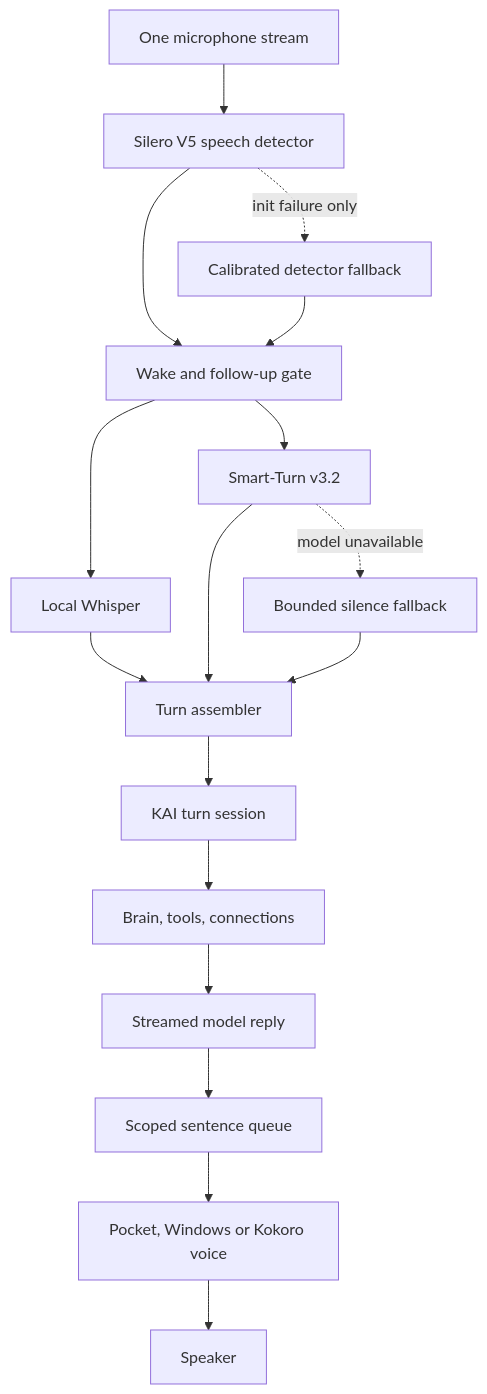
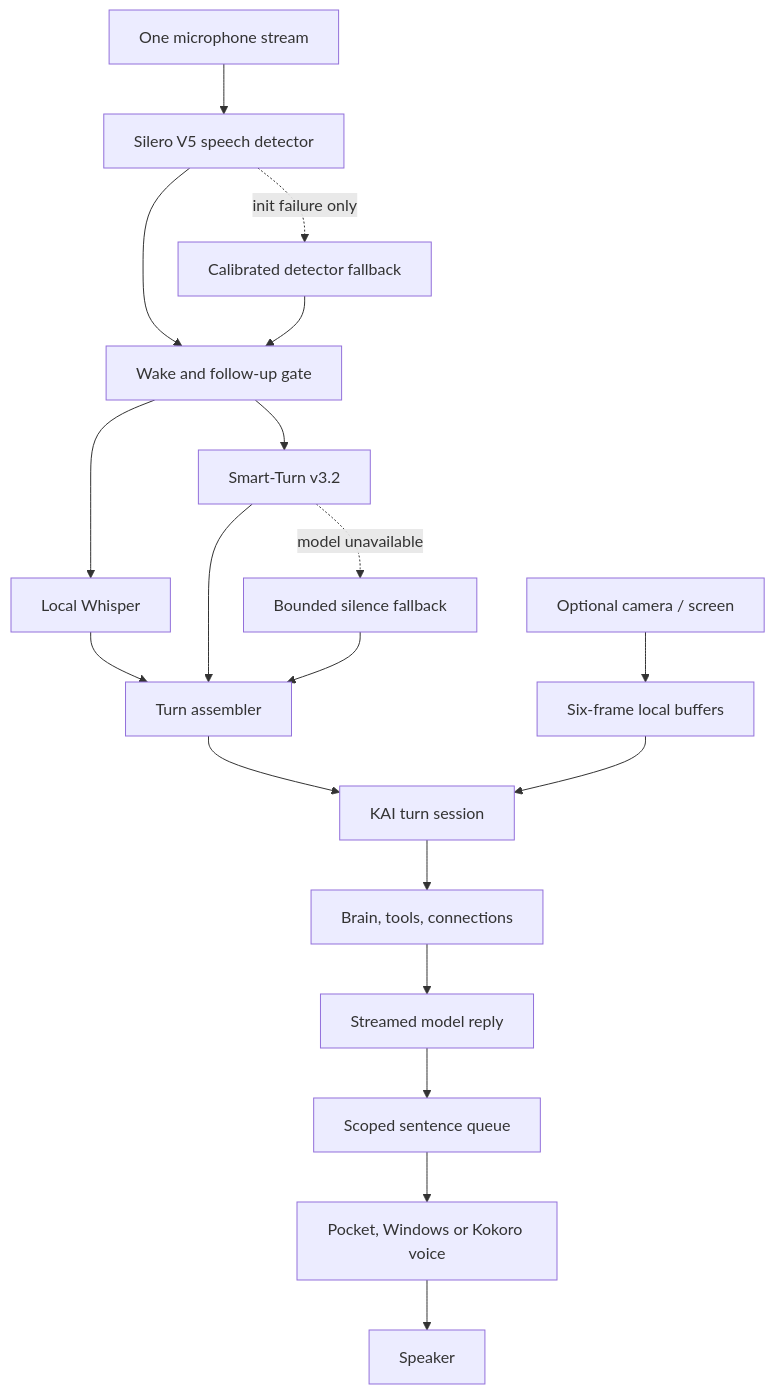
The second of 2 diagrams in docs/KAI_LIVE_SENSES_ARCHITECTURE.md (therexdev/kaiapp), drawn with Mermaid before and after one commit. The commit also changed other lines of this file and 24 other files, not shown here.

````diff
--- a/docs/KAI_LIVE_SENSES_ARCHITECTURE.md
+++ b/docs/KAI_LIVE_SENSES_ARCHITECTURE.md
@@ -44,19 +44,21 @@
 ```mermaid
 flowchart TD
     A["One microphone stream"] --> B["Silero V5 speech detector"]
     B -. "init failure only" .-> X["Calibrated detector fallback"]
     B --> C["Wake and follow-up gate"]
     X --> C
     C --> D["Local Whisper"]
     C --> E["Smart-Turn v3.2"]
     E -. "model unavailable" .-> X2["Bounded silence fallback"]
     D --> F["Turn assembler"]
     E --> F
     X2 --> F
     F --> G["KAI turn session"]
+    M["Optional camera / screen"] --> N["Six-frame local buffers"]
+    N --> G
     G --> H["Brain, tools, connections"]
     H --> I["Streamed model reply"]
     I --> J["Scoped sentence queue"]
     J --> K["Pocket, Windows or Kokoro voice"]
     K --> L["Speaker"]
 ```
````
